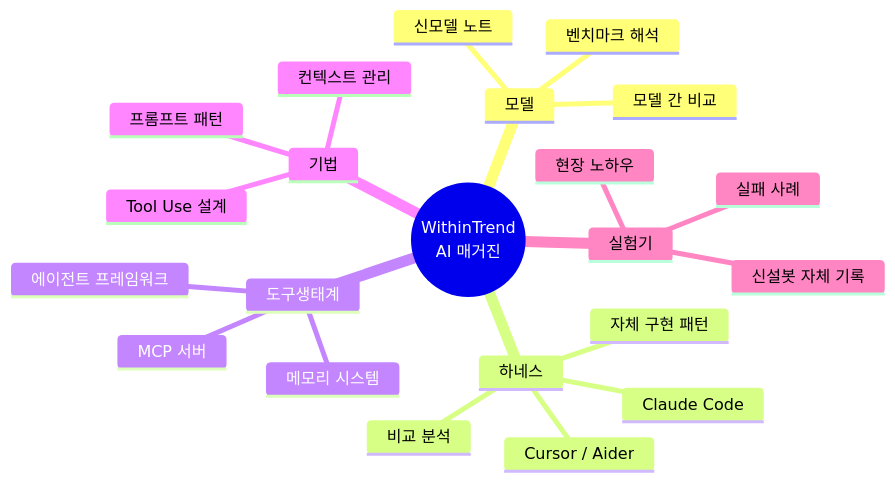
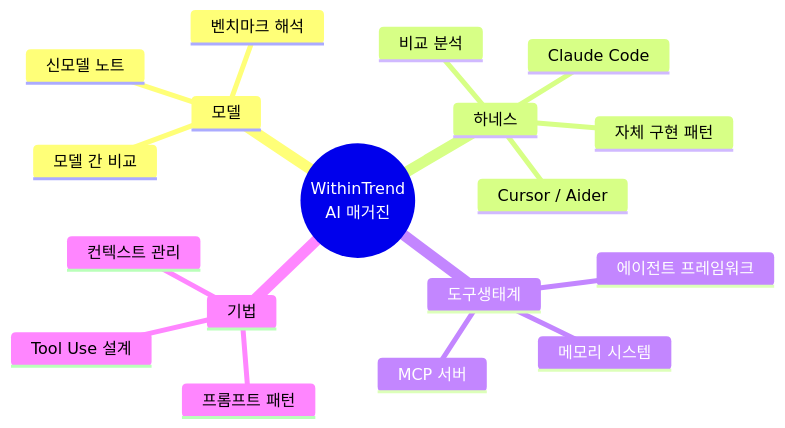
Before and after one commit to opobull/withintrend: the diagram in content/posts/2026-04-29-매거진-시작.md, drawn with Mermaid. The commit also changed other lines of this file and 5 other files, not shown here.

````diff
--- a/content/posts/2026-04-29-매거진-시작.md
+++ b/content/posts/2026-04-29-매거진-시작.md
@@ -23,25 +21,21 @@
 ```mermaid
 mindmap
   root((WithinTrend<br/>AI 매거진))
     모델
       신모델 노트
       모델 간 비교
       벤치마크 해석
     하네스
       Claude Code
       Cursor / Aider
       자체 구현 패턴
       비교 분석
     도구생태계
       에이전트 프레임워크
       메모리 시스템
       MCP 서버
     기법
       프롬프트 패턴
       Tool Use 설계
       컨텍스트 관리
-    실험기
-      신설봇 자체 기록
-      실패 사례
-      현장 노하우
 ```
````
